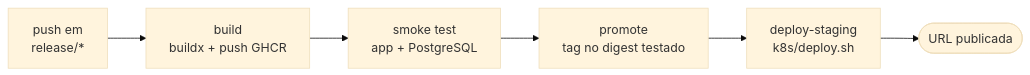
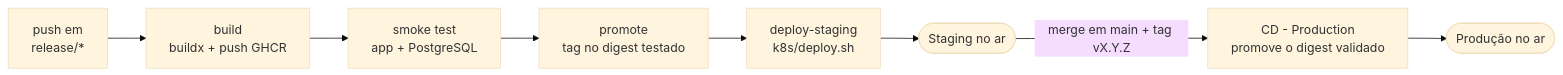
Before and after one commit to iuriian/tech-challenge-app: the diagram in README.md, drawn with Mermaid (base theme). The commit also changed other lines of this file and 4 other files, not shown here.

````diff
--- a/README.md
+++ b/README.md
@@ -78,8 +78,10 @@
 ```mermaid
 flowchart LR
     A["push em<br/>release/*"] --> B["build<br/>buildx + push GHCR"]
     B --> C["smoke test<br/>app + PostgreSQL"]
     C --> D["promote<br/>tag no digest testado"]
     D --> E["deploy-staging<br/>k8s/deploy.sh"]
-    E --> F(["URL publicada"])
+    E --> F(["Staging no ar"])
+    F -->|"merge em main + tag vX.Y.Z"| G["CD - Production<br/>promove o digest validado"]
+    G --> H(["Produção no ar"])
 ```
````
